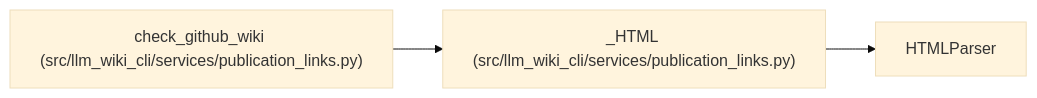
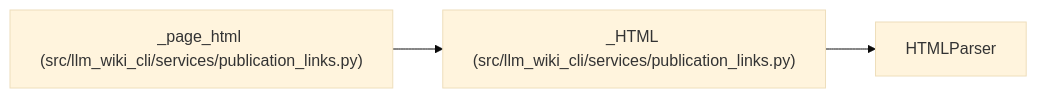
One commit to Denissvgn/python-wiki-llm changed the diagram in docs/llm_wiki/entities/HTML.md. Above: the diagram before and after it, drawn with Mermaid (base theme). The commit also changed other lines of this file and 338 other files, not shown here.

````diff
--- a/docs/llm_wiki/entities/HTML.md
+++ b/docs/llm_wiki/entities/HTML.md
@@ -28,10 +28,10 @@
 ```mermaid
 flowchart LR
     n0["_HTML (src/llm_wiki_cli/services/publication_links.py)"]
     n1["HTMLParser"]
-    n2["check_github_wiki (src/llm_wiki_cli/services/publication_links.py)"]
+    n2["_page_html (src/llm_wiki_cli/services/publication_links.py)"]
     n0 --> n1
     n2 --> n0
     click n0 "../modules/publication_links.md"
     click n2 "../modules/publication_links.md"
 ```
````
